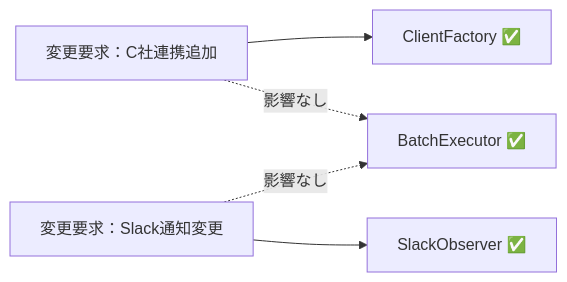
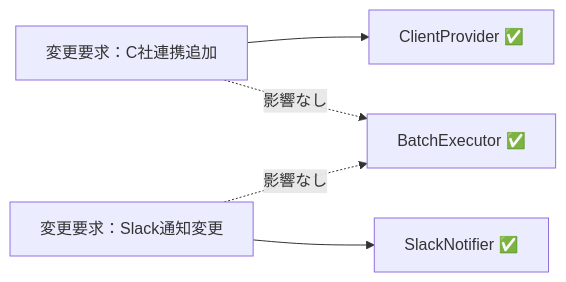
Before and after one commit to kumachan1101-pixel/DesignPattern: the ninth of 10 diagrams in kindle/design-patterns/output/chapter10.md, drawn with Mermaid. The commit also changed other lines of this file, not shown here.

````diff
--- a/kindle/design-patterns/output/chapter10.md
+++ b/kindle/design-patterns/output/chapter10.md
@@ -1144,8 +1141,8 @@
 ```mermaid
 graph LR
-    T1["変更要求：C社連携追加"] --> F1["ClientFactory ✅"]
+    T1["変更要求：C社連携追加"] --> F1["ClientProvider ✅"]
     T1 -. "影響なし" .-> A["BatchExecutor ✅"]
-    T2["変更要求：Slack通知変更"] --> F2["SlackObserver ✅"]
+    T2["変更要求：Slack通知変更"] --> F2["SlackNotifier ✅"]
     T2 -. "影響なし" .-> A
 
 ```
````
